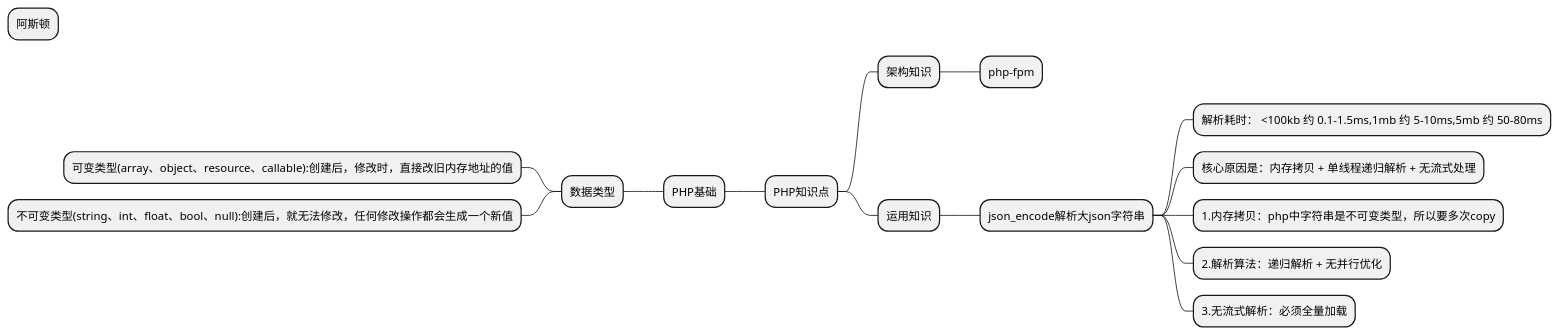
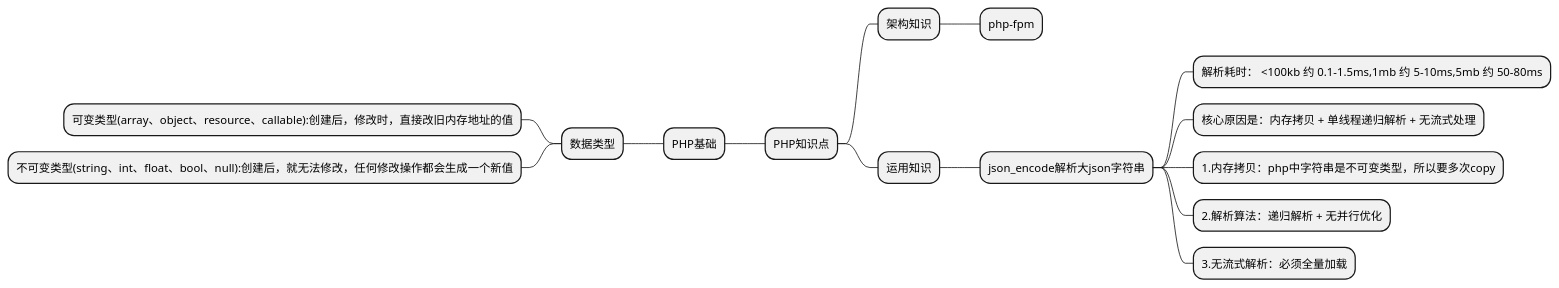
Before and after one commit to JSBloodthirsty/KnowledgeGraph: the diagram in php/php知识点.puml, drawn with PlantUML. The commit also changed 5 other files, not shown here.

```diff
--- a/php/php知识点.puml
+++ b/php/php知识点.puml
@@ -1,20 +1,19 @@
 @startmindmap
-* 阿斯顿
 + PHP知识点
 ++ 架构知识
 +++ php-fpm
 
 ++ 运用知识
 +++ json_encode解析大json字符串
 ++++ 解析耗时： <100kb 约 0.1-1.5ms,1mb 约 5-10ms,5mb 约 50-80ms
 ++++ 核心原因是：内存拷贝 + 单线程递归解析 + 无流式处理
 ++++ 1.内存拷贝：php中字符串是不可变类型，所以要多次copy
 ++++ 2.解析算法：递归解析 + 无并行优化
 ++++ 3.无流式解析：必须全量加载
 
 -- PHP基础
 --- 数据类型
 ---- 可变类型(array、object、resource、callable):创建后，修改时，直接改旧内存地址的值
 ---- 不可变类型(string、int、float、bool、null):创建后，就无法修改，任何修改操作都会生成一个新值
 
 @endmindmap
```
